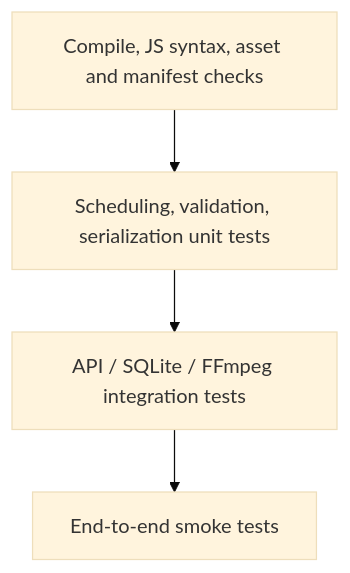
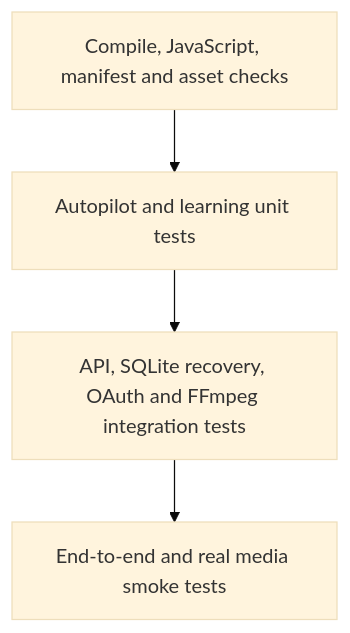
Before and after one commit to Myozan/YAMAN-VIRAL-STUDIO-PRO: the diagram in docs/wiki/Testing-Strategy.md, drawn with Mermaid (base theme). The commit also changed other lines of this file and 7 other files, not shown here.

````diff
--- a/docs/wiki/Testing-Strategy.md
+++ b/docs/wiki/Testing-Strategy.md
@@ -7,8 +27,8 @@
 ```mermaid
 flowchart TB
-  E2E[End-to-end smoke tests]
-  INT[API / SQLite / FFmpeg integration tests]
-  UNIT[Scheduling, validation, serialization unit tests]
-  STATIC[Compile, JS syntax, asset and manifest checks]
+  E2E[End-to-end and real media smoke tests]
+  INT[API, SQLite recovery, OAuth and FFmpeg integration tests]
+  UNIT[Autopilot and learning unit tests]
+  STATIC[Compile, JavaScript, manifest and asset checks]
   STATIC --> UNIT --> INT --> E2E
 ```
````
